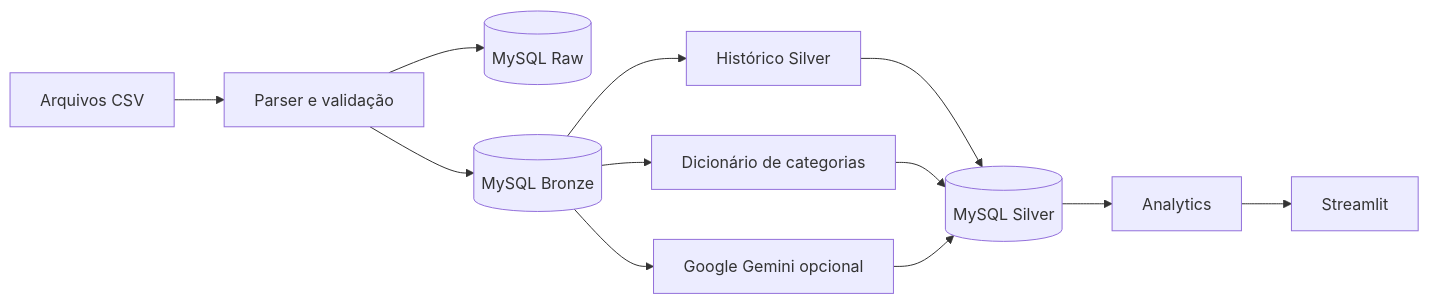
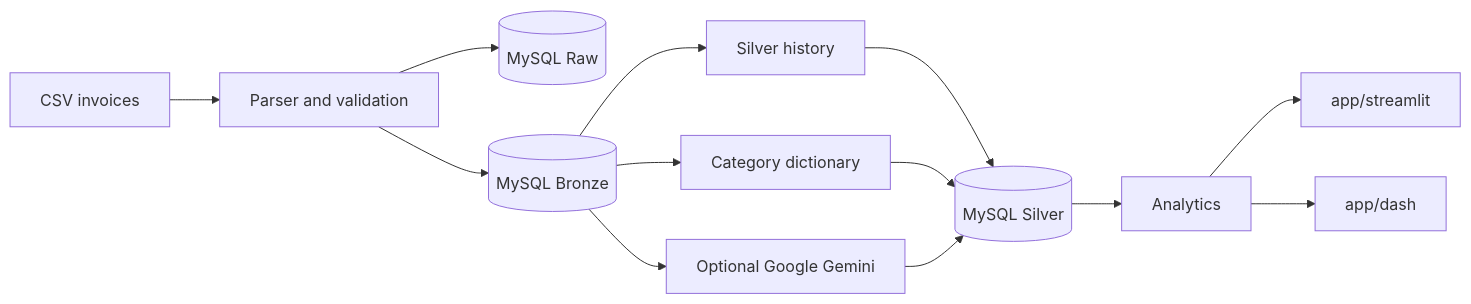
One commit to rvanguita/personal-expenses changed the diagram in README.md. Above: the diagram before and after it, drawn with Mermaid. The commit also changed other lines of this file and 1 other file, not shown here.

````diff
--- a/README.md
+++ b/README.md
@@ -19,17 +20,18 @@
 ```mermaid
 flowchart LR
-    csv[Arquivos CSV] --> parser[Parser e validação]
+    csv[CSV invoices] --> parser[Parser and validation]
     parser --> raw[(MySQL Raw)]
     parser --> bronze[(MySQL Bronze)]
 
-    bronze --> history[Histórico Silver]
-    bronze --> dictionary[Dicionário de categorias]
-    bronze --> gemini[Google Gemini opcional]
+    bronze --> history[Silver history]
+    bronze --> dictionary[Category dictionary]
+    bronze --> gemini[Optional Google Gemini]
 
     history --> silver[(MySQL Silver)]
     dictionary --> silver
     gemini --> silver
 
     silver --> analytics[Analytics]
-    analytics --> app[Streamlit]
+    analytics --> streamlit[app/streamlit]
+    analytics --> dash[app/dash]
 ```
````
